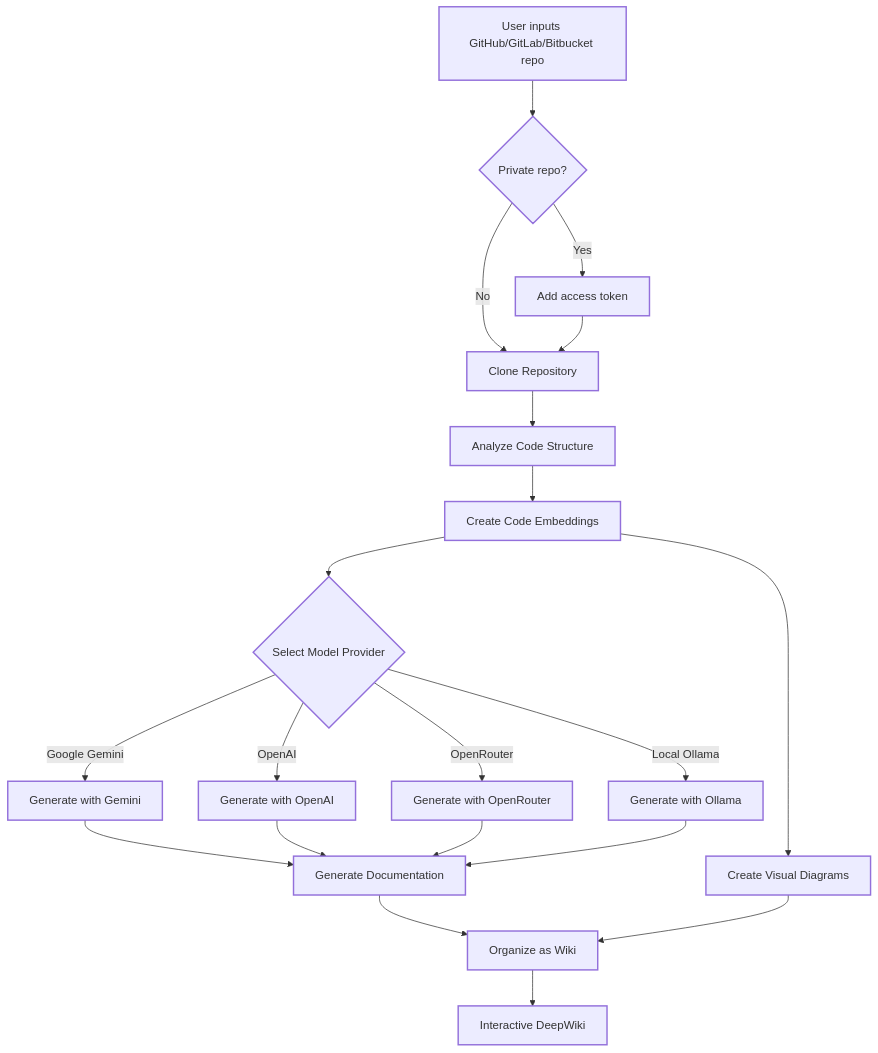
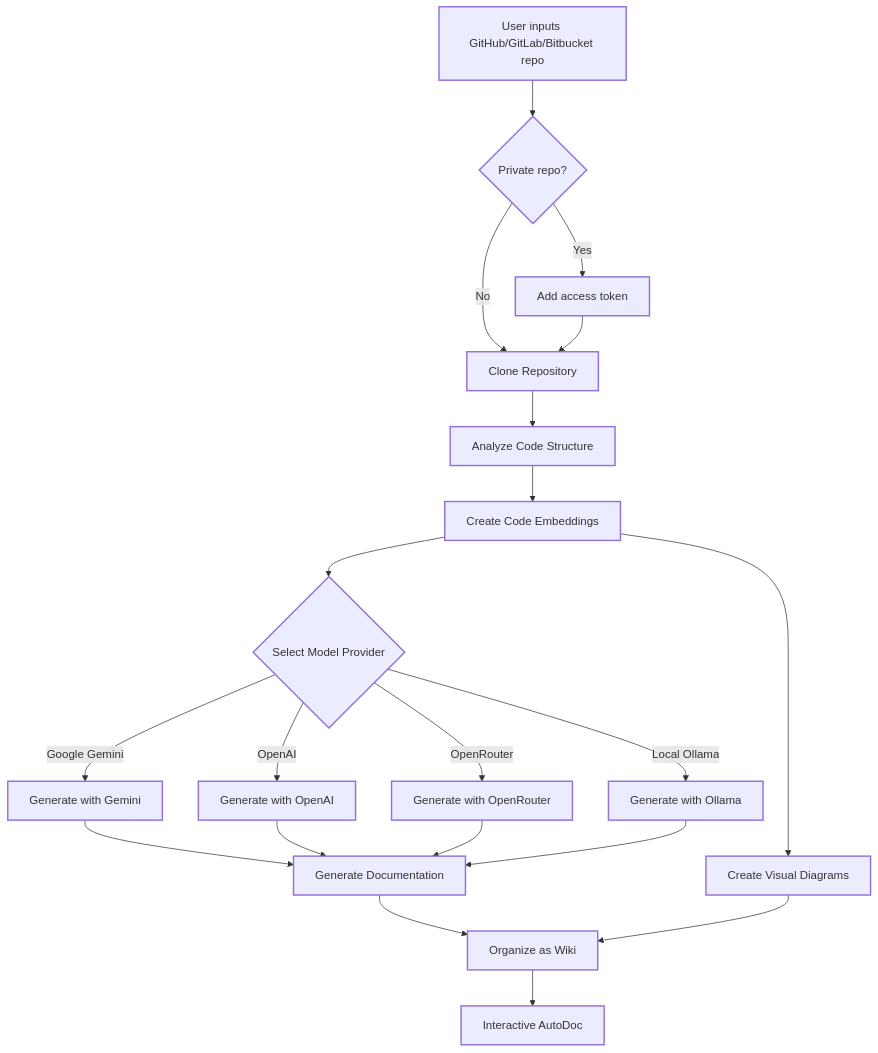
The diagram in README.md (alexsohr/autodoc), drawn with Mermaid before and after one commit. The commit also changed other lines of this file and 3 other files, not shown here.

First line of the commit message:
refactor: rename DeepWiki to AutoDoc and update related documentation

````diff
--- a/README.md
+++ b/README.md
@@ -115,35 +108,35 @@
 ```mermaid
 graph TD
     A[User inputs GitHub/GitLab/Bitbucket repo] --> AA{Private repo?}
     AA -->|Yes| AB[Add access token]
     AA -->|No| B[Clone Repository]
     AB --> B
     B --> C[Analyze Code Structure]
     C --> D[Create Code Embeddings]
 
     D --> M{Select Model Provider}
     M -->|Google Gemini| E1[Generate with Gemini]
     M -->|OpenAI| E2[Generate with OpenAI]
     M -->|OpenRouter| E3[Generate with OpenRouter]
     M -->|Local Ollama| E4[Generate with Ollama]
 
     E1 --> E[Generate Documentation]
     E2 --> E
     E3 --> E
     E4 --> E
 
     D --> F[Create Visual Diagrams]
     E --> G[Organize as Wiki]
     F --> G
-    G --> H[Interactive DeepWiki]
+    G --> H[Interactive AutoDoc]
 
     classDef process stroke-width:2px;
     classDef data stroke-width:2px;
     classDef result stroke-width:2px;
     classDef decision stroke-width:2px;
 
     class A,D data;
     class AA,M decision;
     class B,C,E,F,G,AB,E1,E2,E3,E4 process;
     class H result;
 ```
````
